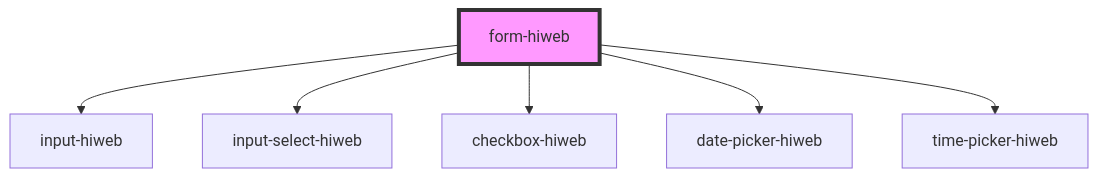
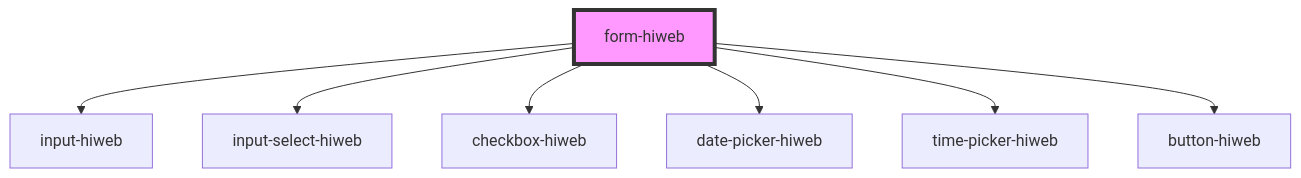
One commit to ansariymahdi/design-system-hiweb changed the diagram in src/components/form-hiweb/readme.md. Above: the diagram before and after it, drawn with Mermaid. The commit also changed other lines of this file and 7 other files, not shown here.

````diff
--- a/src/components/form-hiweb/readme.md
+++ b/src/components/form-hiweb/readme.md
@@ -34,9 +35,10 @@
 ```mermaid
 graph TD;
   form-hiweb --> input-hiweb
   form-hiweb --> input-select-hiweb
   form-hiweb --> checkbox-hiweb
   form-hiweb --> date-picker-hiweb
   form-hiweb --> time-picker-hiweb
+  form-hiweb --> button-hiweb
   style form-hiweb fill:#f9f,stroke:#333,stroke-width:4px
 ```
````
